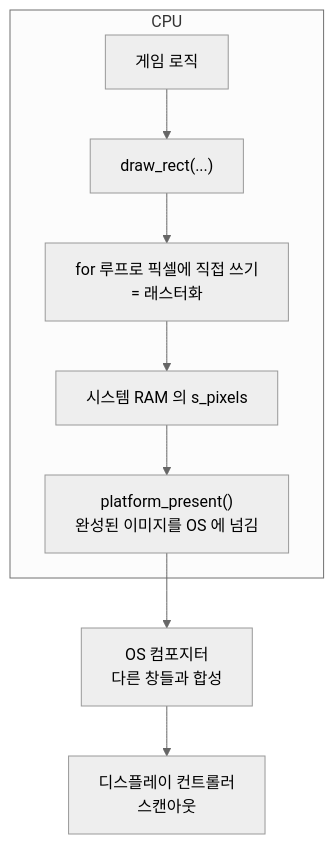
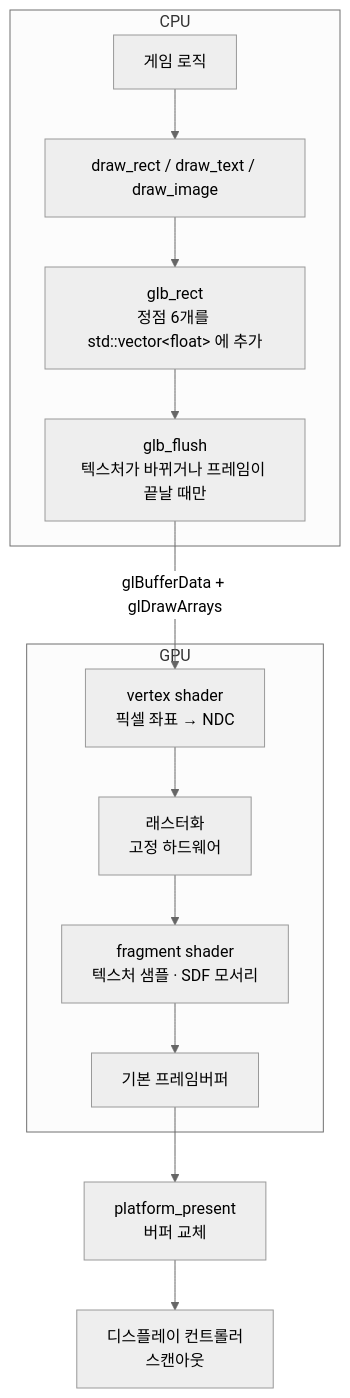
Before and after one commit to Rein-ArXiv/Tetris-Multiplayer-RL: the third of 7 diagrams in docs/blog/part3-rendering-and-ui.md, drawn with Mermaid (neutral theme). The commit also changed other lines of this file and 13 other files, not shown here.

````diff
--- a/docs/blog/part3-rendering-and-ui.md
+++ b/docs/blog/part3-rendering-and-ui.md
@@ -96,11 +94,16 @@
 ```mermaid
 graph TB
     subgraph CPUONLY["CPU"]
-        A["게임 로직"] --> B["draw_rect(...)"]
-        B --> C["for 루프로 픽셀에 직접 쓰기<br/>= 래스터화"]
-        C --> D["시스템 RAM 의 s_pixels"]
-        D --> E["platform_present()<br/>완성된 이미지를 OS 에 넘김"]
+        A["게임 로직"] --> B["draw_rect / draw_text / draw_image"]
+        B --> C["glb_rect<br/>정점 6개를 std::vector&lt;float&gt; 에 추가"]
+        C --> D["glb_flush<br/>텍스처가 바뀌거나 프레임이 끝날 때만"]
     end
-    E --> F["OS 컴포지터<br/>다른 창들과 합성"]
-    F --> G["디스플레이 컨트롤러<br/>스캔아웃"]
+    subgraph GPUSIDE["GPU"]
+        E["vertex shader<br/>픽셀 좌표 → NDC"] --> F["래스터화<br/>고정 하드웨어"]
+        F --> G["fragment shader<br/>텍스처 샘플 · SDF 모서리"]
+        G --> H["기본 프레임버퍼"]
+    end
+    D -->|"glBufferData + glDrawArrays"| E
+    H --> I["platform_present<br/>버퍼 교체"]
+    I --> J["디스플레이 컨트롤러<br/>스캔아웃"]
 ```
````
